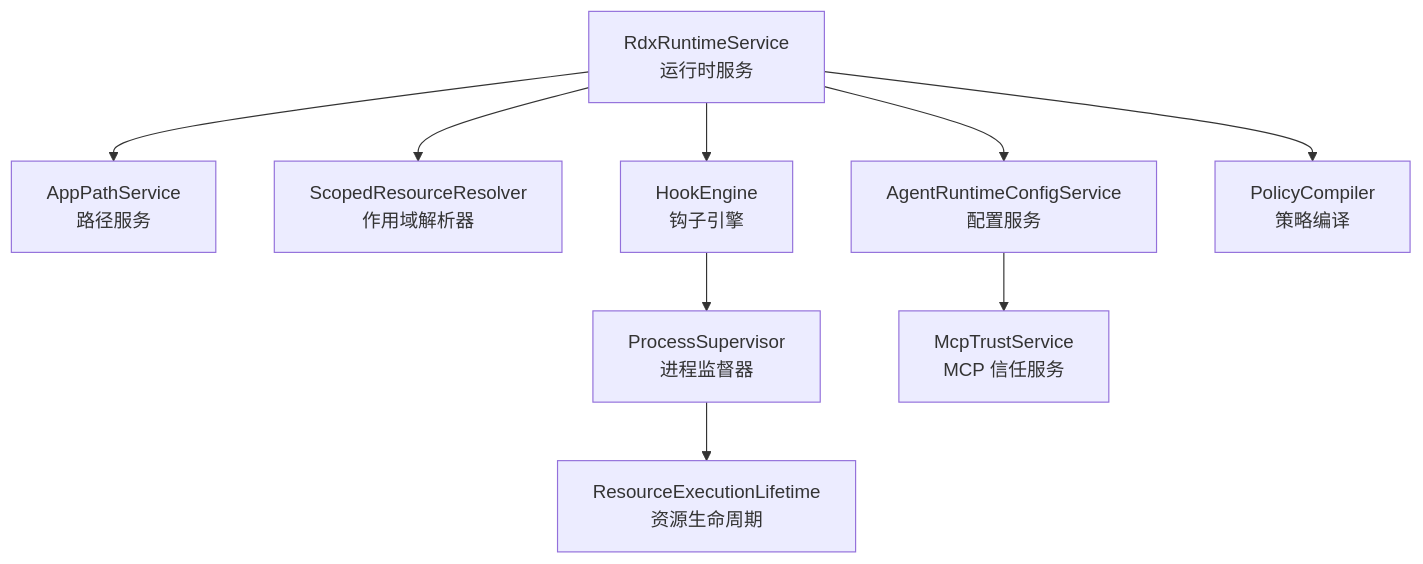
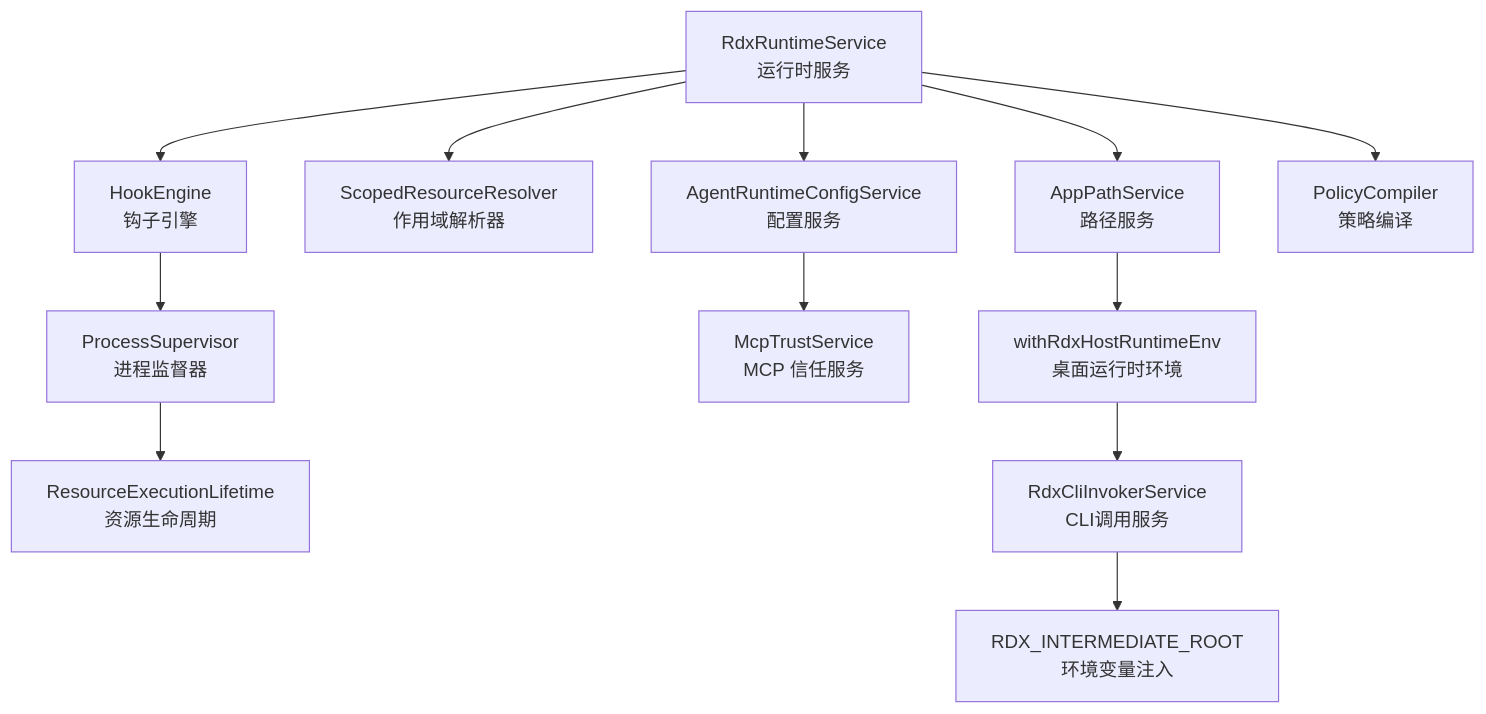
The first of 9 diagrams in .qoder/repowiki/zh/content/用户界面/设置面板/运行时设置.md (haolange/RDC-Agent), drawn with Mermaid before and after one commit. The commit also changed other lines of this file and 28 other files, not shown here.

````diff
--- a/.qoder/repowiki/zh/content/用户界面/设置面板/运行时设置.md
+++ b/.qoder/repowiki/zh/content/用户界面/设置面板/运行时设置.md
@@ -47,11 +61,14 @@
 ```mermaid
 graph TB
 A["RdxRuntimeService<br/>运行时服务"] --> B["AppPathService<br/>路径服务"]
 A --> C["ScopedResourceResolver<br/>作用域解析器"]
 A --> D["HookEngine<br/>钩子引擎"]
 A --> E["AgentRuntimeConfigService<br/>配置服务"]
 D --> F["ProcessSupervisor<br/>进程监督器"]
 E --> G["McpTrustService<br/>MCP 信任服务"]
 A --> H["PolicyCompiler<br/>策略编译"]
 F --> I["ResourceExecutionLifetime<br/>资源生命周期"]
+J["withRdxHostRuntimeEnv<br/>桌面运行时环境"] --> K["RdxCliInvokerService<br/>CLI调用服务"]
+B --> J
+K --> L["RDX_INTERMEDIATE_ROOT<br/>环境变量注入"]
 ```
````
